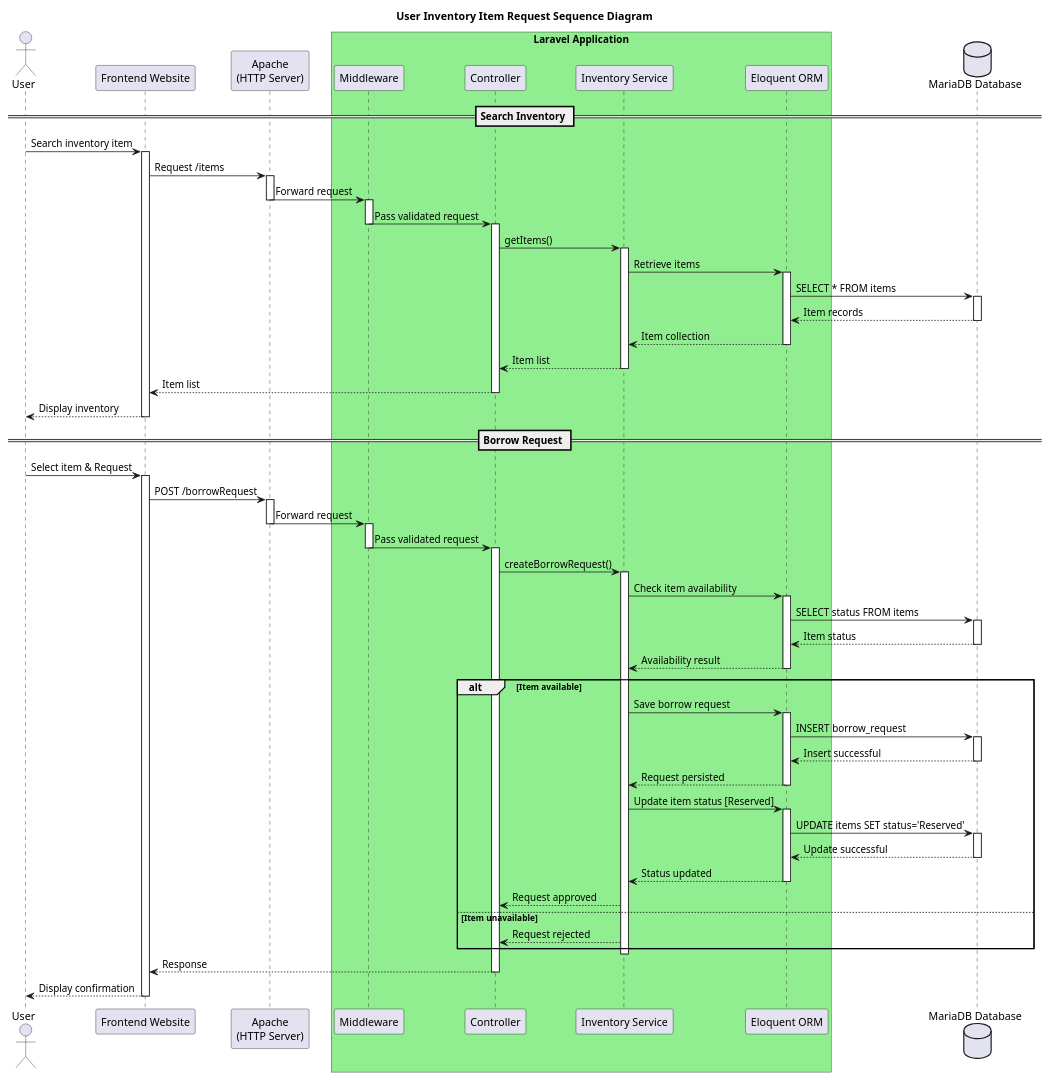
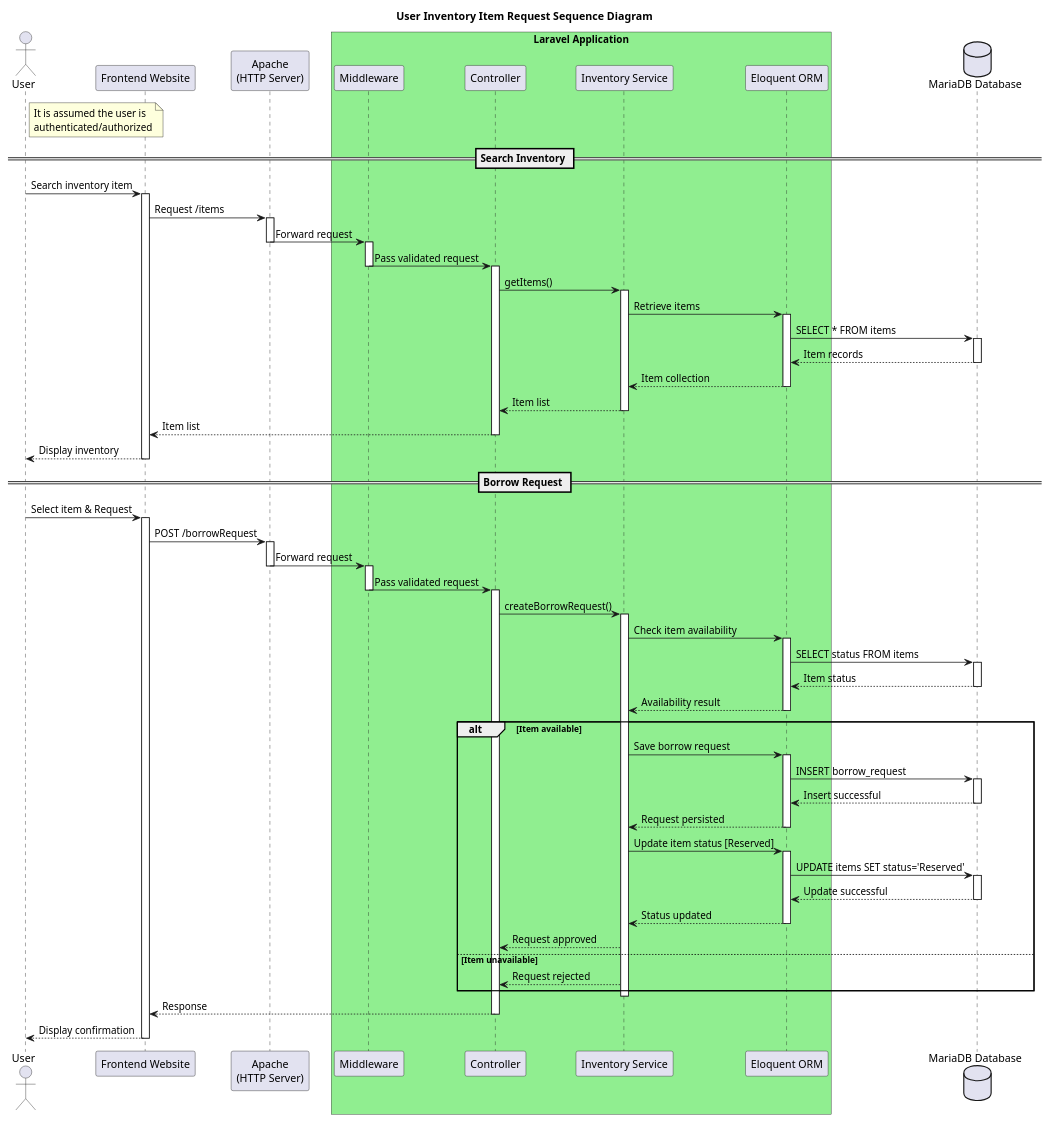
The diagram in sequenceDiagram/User Inventory Item Request Sequence Diagram.puml (JanPerez35/PlantUML), drawn with PlantUML before and after one commit. The commit also changed 8 other files, not shown here.

```diff
--- a/sequenceDiagram/User Inventory Item Request Sequence Diagram.puml
+++ b/sequenceDiagram/User Inventory Item Request Sequence Diagram.puml
@@ -1,114 +1,119 @@
 @startuml
 
 title User Inventory Item Request Sequence Diagram
 
 actor User
 participant "Frontend Website" as Frontend
 participant "Apache\n(HTTP Server)" as Apache
 
 box "Laravel Application" #LightGreen
   participant "Middleware" as Middleware
   participant "Controller" as Controller
   participant "Inventory Service" as Service
   participant "Eloquent ORM" as ORM
 end box
 
 database "MariaDB Database" as Database
+
+note right of User
+It is assumed the user is
+authenticated/authorized
+end note
 
 == Search Inventory ==
 User -> Frontend: Search inventory item
 activate Frontend
 
 Frontend -> Apache: Request /items
 activate Apache
 Apache -> Middleware: Forward request
 deactivate Apache
 
 activate Middleware
 Middleware -> Controller: Pass validated request
 deactivate Middleware
 
 activate Controller
 Controller -> Service: getItems()
 activate Service
 
 Service -> ORM: Retrieve items
 activate ORM
 ORM -> Database: SELECT * FROM items
 activate Database
 Database --> ORM: Item records
 deactivate Database
 ORM --> Service: Item collection
 deactivate ORM
 
 Service --> Controller: Item list
 deactivate Service
 Controller --> Frontend: Item list
 deactivate Controller
 
 Frontend --> User: Display inventory
 deactivate Frontend
 
 
 == Borrow Request ==
 User -> Frontend: Select item & Request
 activate Frontend
 
 Frontend -> Apache: POST /borrowRequest
 activate Apache
 Apache -> Middleware: Forward request
 deactivate Apache
 
 activate Middleware
 Middleware -> Controller: Pass validated request
 deactivate Middleware
 
 activate Controller
 Controller -> Service: createBorrowRequest()
 activate Service
 
 Service -> ORM: Check item availability
 activate ORM
 ORM -> Database: SELECT status FROM items
 activate Database
 Database --> ORM: Item status
 deactivate Database
 ORM --> Service: Availability result
 deactivate ORM
 
 alt Item available
 
     Service -> ORM: Save borrow request
     activate ORM
     ORM -> Database: INSERT borrow_request
     activate Database
     Database --> ORM: Insert successful
     deactivate Database
     ORM --> Service: Request persisted
     deactivate ORM
 
     Service -> ORM: Update item status [Reserved]
     activate ORM
     ORM -> Database: UPDATE items SET status='Reserved'
     activate Database
     Database --> ORM: Update successful
     deactivate Database
     ORM --> Service: Status updated
     deactivate ORM
 
     Service --> Controller: Request approved
 
 else Item unavailable
 
     Service --> Controller: Request rejected
 
 end
 
 deactivate Service
 Controller --> Frontend: Response
 deactivate Controller
 
 Frontend --> User: Display confirmation
 deactivate Frontend
 
 @enduml
```
